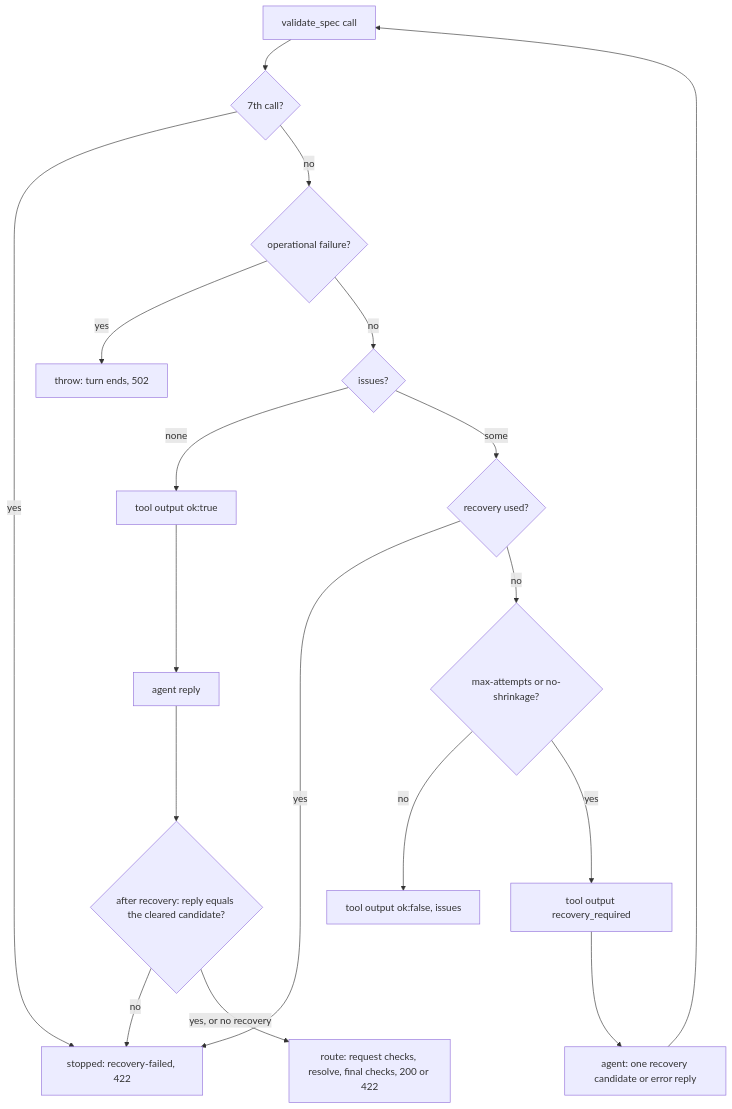
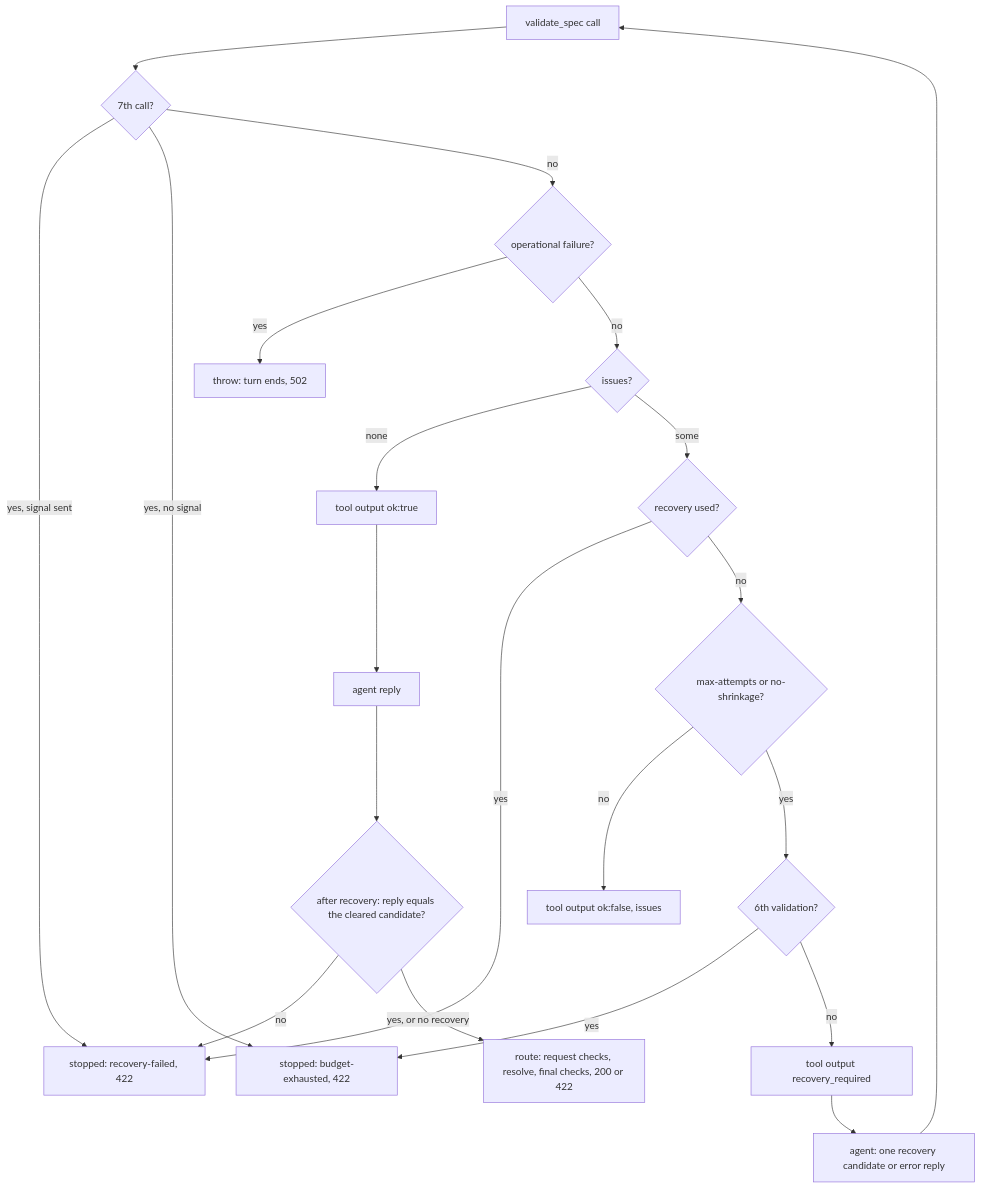
The diagram in openspec/changes/add-spec-recovery-policy/design.md (TriangulosTecnologia/cozsolidarias), drawn with Mermaid before and after one commit. The commit also changed other lines of this file and 2 other files, not shown here.

Commit message:
docs(openspec): align invariance, budget-exhausted and task 2.5 with the design
Flow: https://flow.ttoss.dev/app/tasks/task_wmykg5g7qp

Claude-Session: https://claude.ai/code/session_01Kftg9Fg7xt7p4mdaz3CakE

````diff
--- a/openspec/changes/add-spec-recovery-policy/design.md
+++ b/openspec/changes/add-spec-recovery-policy/design.md
@@ -25,20 +25,23 @@
 ```mermaid
 flowchart TD
   A[validate_spec call] --> N{7th call?}
-  N -- yes --> F[stopped: recovery-failed, 422]
+  N -- "yes, signal sent" --> F[stopped: recovery-failed, 422]
+  N -- "yes, no signal" --> Z[stopped: budget-exhausted, 422]
   N -- no --> B{operational failure?}
   B -- yes --> X[throw: turn ends, 502]
   B -- no --> C{issues?}
   C -- none --> OK[tool output ok:true]
   C -- some --> D{recovery used?}
   D -- yes --> F
   D -- no --> E{max-attempts or no-shrinkage?}
   E -- no --> R[tool output ok:false, issues]
-  E -- yes --> S[tool output recovery_required]
+  E -- yes --> L{6th validation?}
+  L -- yes --> Z
+  L -- no --> S[tool output recovery_required]
   S --> T[agent: one recovery candidate or error reply]
   T --> A
   OK --> G[agent reply]
   G --> K{after recovery: reply equals the cleared candidate?}
   K -- no --> F
   K -- yes, or no recovery --> H[route: request checks, resolve, final checks, 200 or 422]
 ```
````
